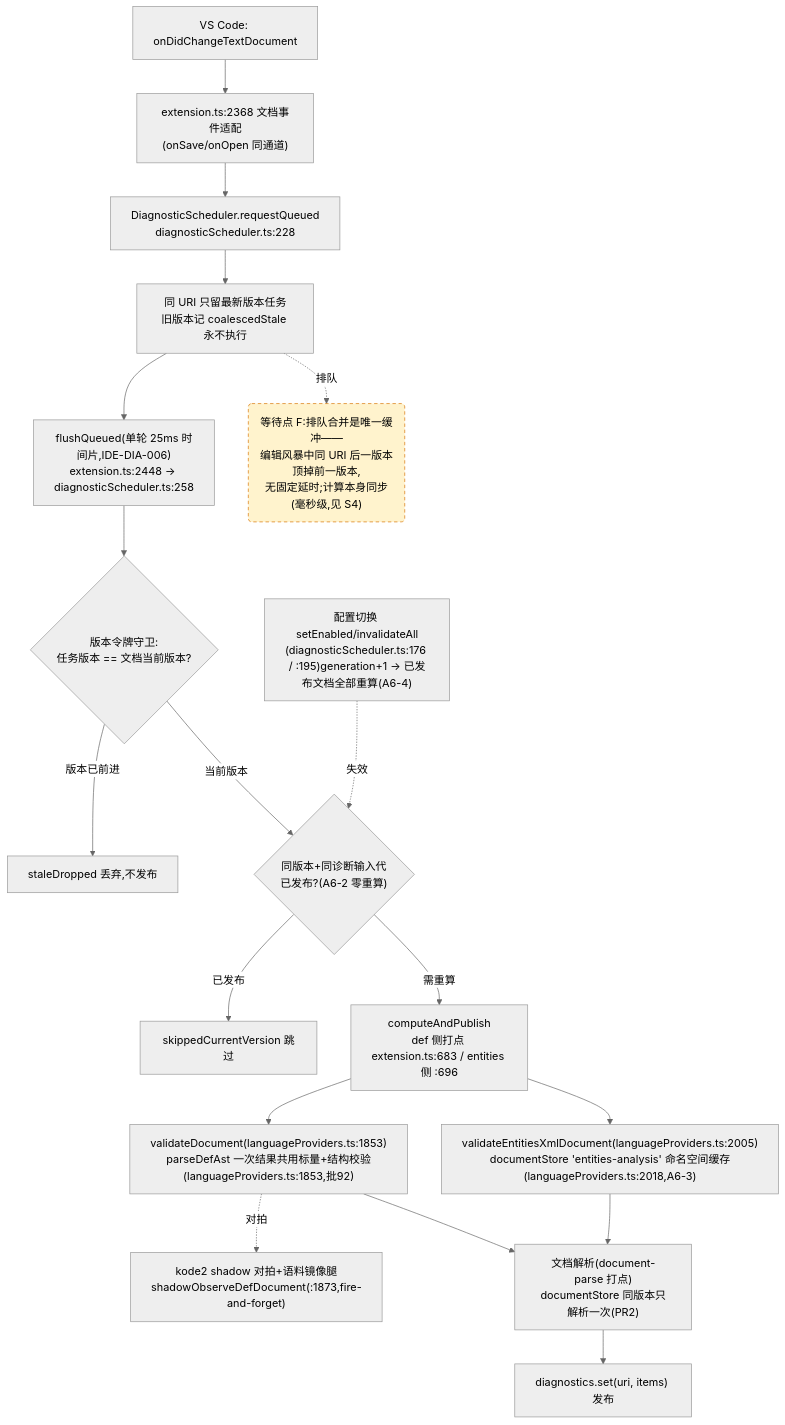
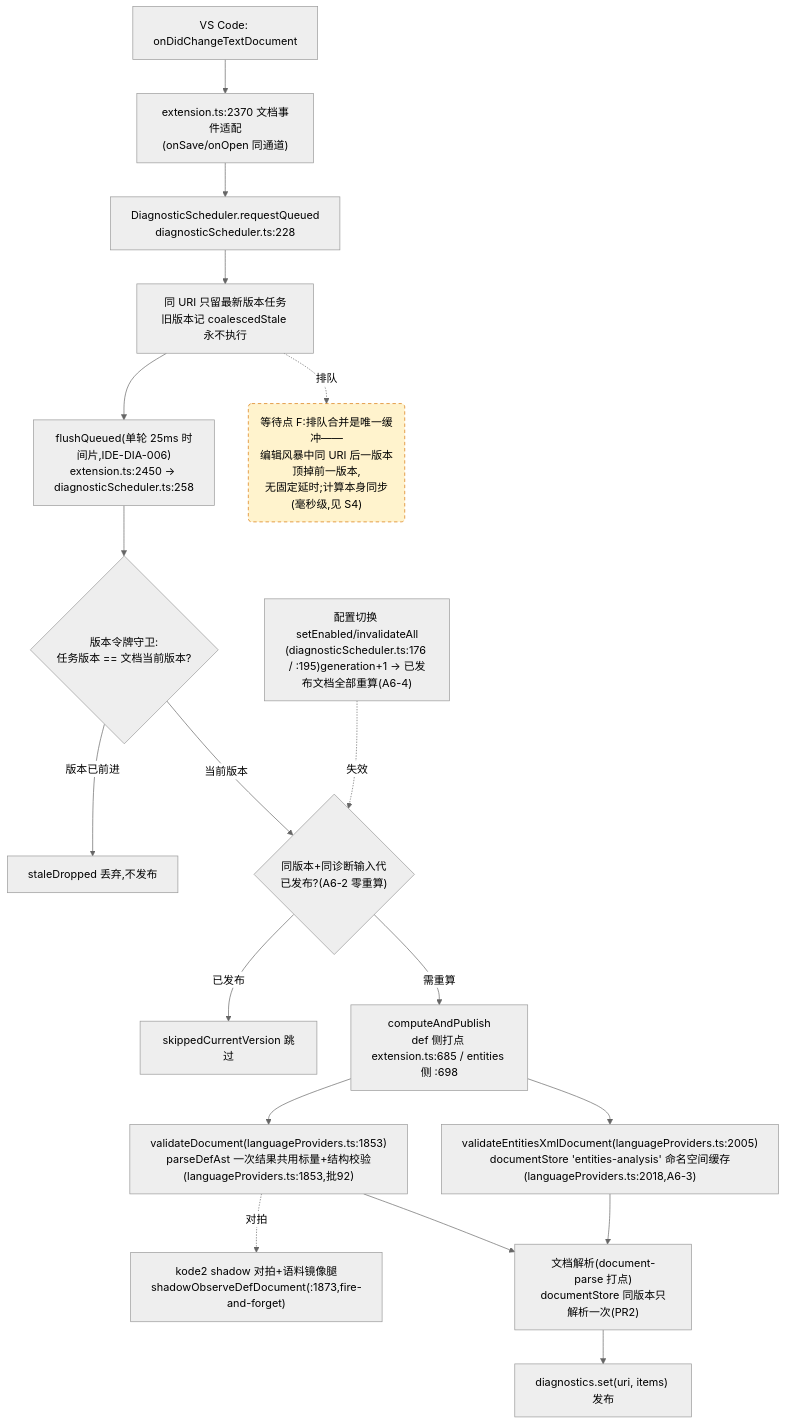
Before and after one commit to cuihairu/kode: the fourth of 4 diagrams in docs/perf/2026-baseline.md, drawn with Mermaid (neutral theme). The commit also changed other lines of this file and 9 other files, not shown here.

````diff
--- a/docs/perf/2026-baseline.md
+++ b/docs/perf/2026-baseline.md
@@ -214,38 +214,38 @@
 ```mermaid
 flowchart TD
   CHG["VS Code: onDidChangeTextDocument"]
-  WATCH["extension.ts:2368 文档事件适配<br/>(onSave/onOpen 同通道)"]
+  WATCH["extension.ts:2370 文档事件适配<br/>(onSave/onOpen 同通道)"]
   RQ["DiagnosticScheduler.requestQueued<br/>diagnosticScheduler.ts:228"]
   CO["同 URI 只留最新版本任务<br/>旧版本记 coalescedStale 永不执行"]
-  FL["flushQueued(单轮 25ms 时间片,IDE-DIA-006)<br/>extension.ts:2448 → diagnosticScheduler.ts:258"]
+  FL["flushQueued(单轮 25ms 时间片,IDE-DIA-006)<br/>extension.ts:2450 → diagnosticScheduler.ts:258"]
   VG{"版本令牌守卫:<br/>任务版本 == 文档当前版本?"}
   DROP["staleDropped 丢弃,不发布"]
   GEN{"同版本+同诊断输入代<br/>已发布?(A6-2 零重算)"}
   SKIP["skippedCurrentVersion 跳过"]
-  CALC["computeAndPublish<br/>def 侧打点 extension.ts:683 / entities 侧 :696"]
+  CALC["computeAndPublish<br/>def 侧打点 extension.ts:685 / entities 侧 :698"]
   VD["validateDocument(languageProviders.ts:1853)<br/>parseDefAst 一次结果共用标量+结构校验(languageProviders.ts:1853,批92)"]
   VEX["validateEntitiesXmlDocument(languageProviders.ts:2005)<br/>documentStore 'entities-analysis' 命名空间缓存(languageProviders.ts:2018,A6-3)"]
   SHDD["kode2 shadow 对拍+语料镜像腿<br/>shadowObserveDefDocument(:1873,fire-and-forget)"]
   DS["文档解析(document-parse 打点)<br/>documentStore 同版本只解析一次(PR2)"]
   PUB["diagnostics.set(uri, items) 发布"]
   CFG2["配置切换 setEnabled/invalidateAll<br/>(diagnosticScheduler.ts:176 / :195)generation+1 → 已发布文档全部重算(A6-4)"]
 
   CHG --> WATCH --> RQ --> CO --> FL --> VG
   VG -- "版本已前进" --> DROP
   VG -- "当前版本" --> GEN
   GEN -- "已发布" --> SKIP
   GEN -- "需重算" --> CALC
   CALC --> VD
   CALC --> VEX
   VD --> DS
   VEX --> DS
   DS --> PUB
   VD -.->|对拍| SHDD
   CFG2 -.->|失效| GEN
 
   WAITF("等待点 F:排队合并是唯一缓冲——<br/>编辑风暴中同 URI 后一版本顶掉前一版本,<br/>无固定延时;计算本身同步(毫秒级,见 S4)")
   CO -.->|排队| WAITF
 
   classDef waitPoint fill:#fff3cd,stroke:#d97706,stroke-dasharray:5 4;
   class WAITF waitPoint;
 ```
````
